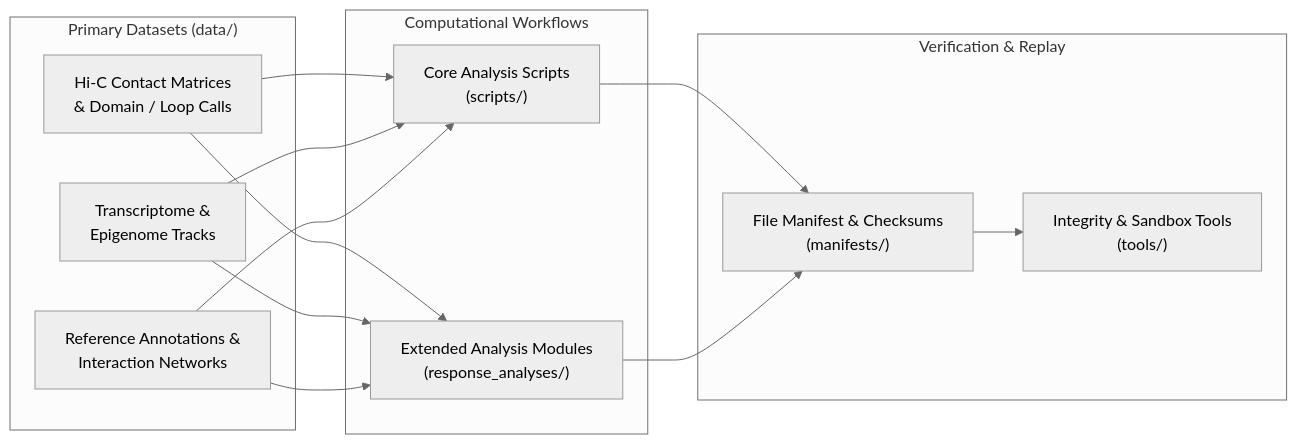
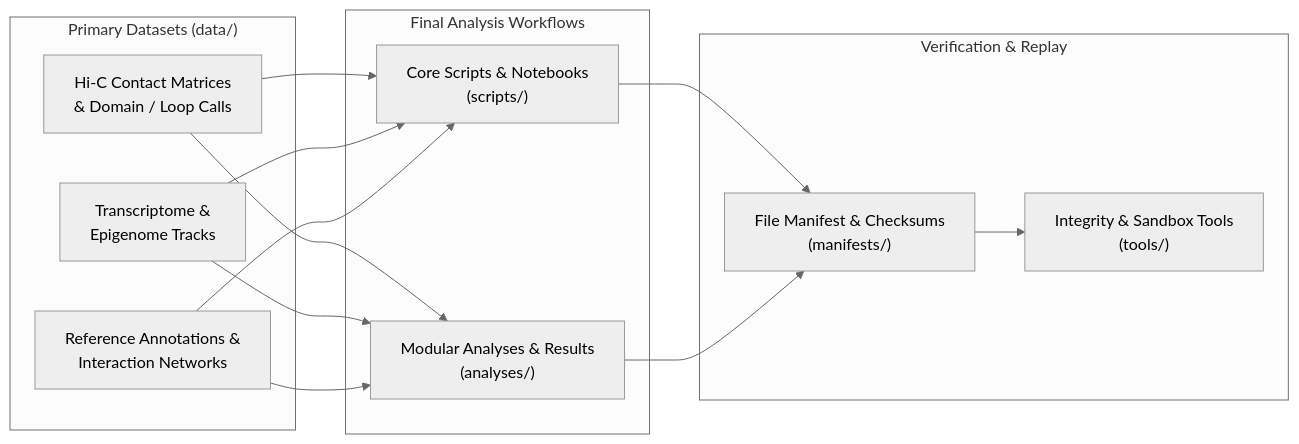
One commit to wikk-chy/mtb_hic changed the diagram in README.md. Above: the diagram before and after it, drawn with Mermaid (neutral theme). The commit also changed other lines of this file and 944 other files, not shown here.

Commit message:
Sync final Nov 23-24 analyses and streamline repository to final-version code and results

````diff
--- a/README.md
+++ b/README.md
@@ -43,28 +43,28 @@
 ```mermaid
 flowchart LR
     subgraph Data["Primary Datasets (data/)"]
         HIC["Hi-C Contact Matrices<br/>& Domain / Loop Calls"]
         OMICS["Transcriptome &<br/>Epigenome Tracks"]
         NET["Reference Annotations &<br/>Interaction Networks"]
     end
 
-    subgraph Analysis["Computational Workflows"]
-        CORE["Core Analysis Scripts<br/>(scripts/)"]
-        EXT["Extended Analysis Modules<br/>(response_analyses/)"]
+    subgraph Analysis["Final Analysis Workflows"]
+        CORE["Core Scripts & Notebooks<br/>(scripts/)"]
+        MOD["Modular Analyses & Results<br/>(analyses/)"]
     end
 
     subgraph Repro["Verification & Replay"]
         MAN["File Manifest & Checksums<br/>(manifests/)"]
         TOOLS["Integrity & Sandbox Tools<br/>(tools/)"]
     end
 
     HIC --> CORE
     OMICS --> CORE
     NET --> CORE
-    HIC --> EXT
-    OMICS --> EXT
-    NET --> EXT
+    HIC --> MOD
+    OMICS --> MOD
+    NET --> MOD
     CORE --> MAN
-    EXT --> MAN
+    MOD --> MAN
     MAN --> TOOLS
 ```
````
